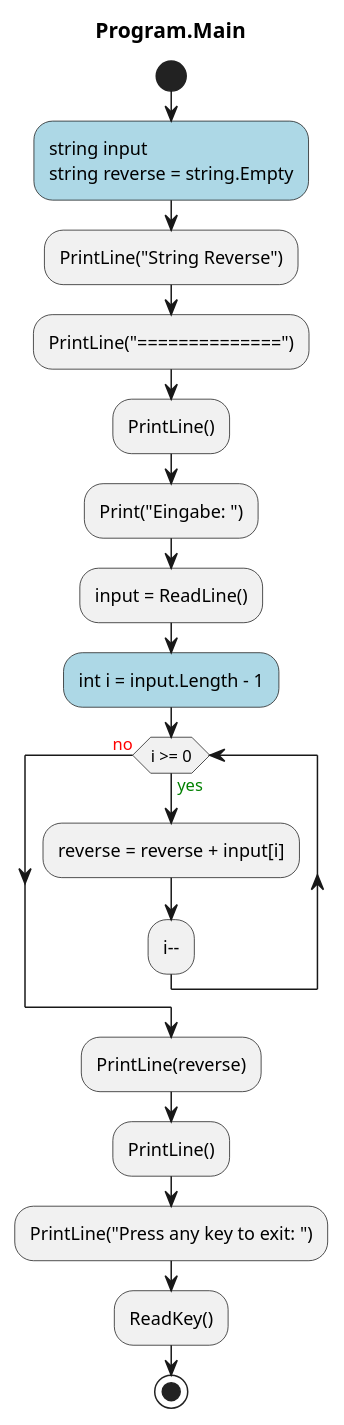
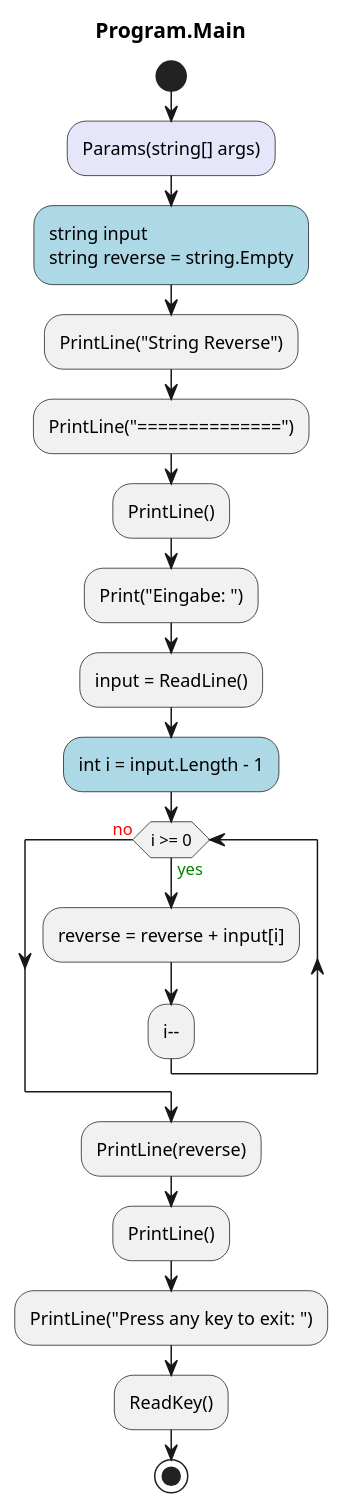
Before and after one commit to leoggehrer/2324-34_ABIF_ACIF_POSE: the diagram in StringReverse.ConApp/Diagrams/ac_Program_Main.puml, drawn with PlantUML. The commit also changed 227 other files, not shown here.

Commit message:
Changed folder name from Diagrams to diagrams.

```diff
--- a/StringReverse.ConApp/Diagrams/ac_Program_Main.puml
+++ b/StringReverse.ConApp/Diagrams/ac_Program_Main.puml
@@ -1,21 +1,22 @@
 @startuml Program.Main
 title Program.Main
 start
+#Lavender:Params(string[] args);
 #LightBlue:string input
 string reverse = string.Empty;
 :PrintLine("String Reverse");
 :PrintLine("==============");
 :PrintLine();
 :Print("Eingabe: ");
 :input = ReadLine();
 #LightBlue:int i = input.Length - 1;
 while (i >= 0) is (<color:green>yes)
     :reverse = reverse + input[i];
 :i--;
 endwhile (<color:red>no)
 :PrintLine(reverse);
 :PrintLine();
 :PrintLine("Press any key to exit: ");
 :ReadKey();
 stop
 @enduml
```
